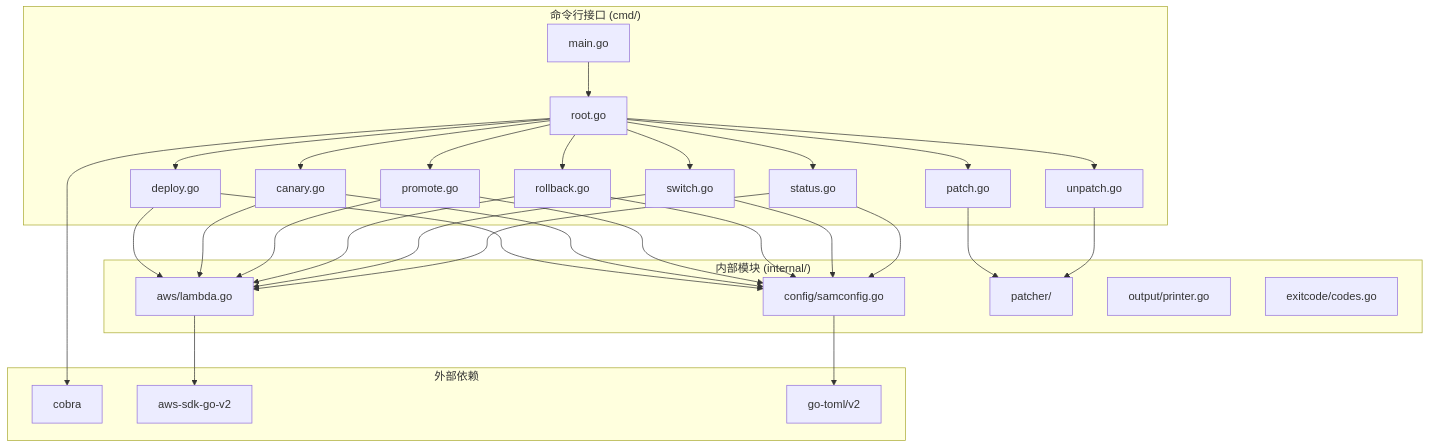
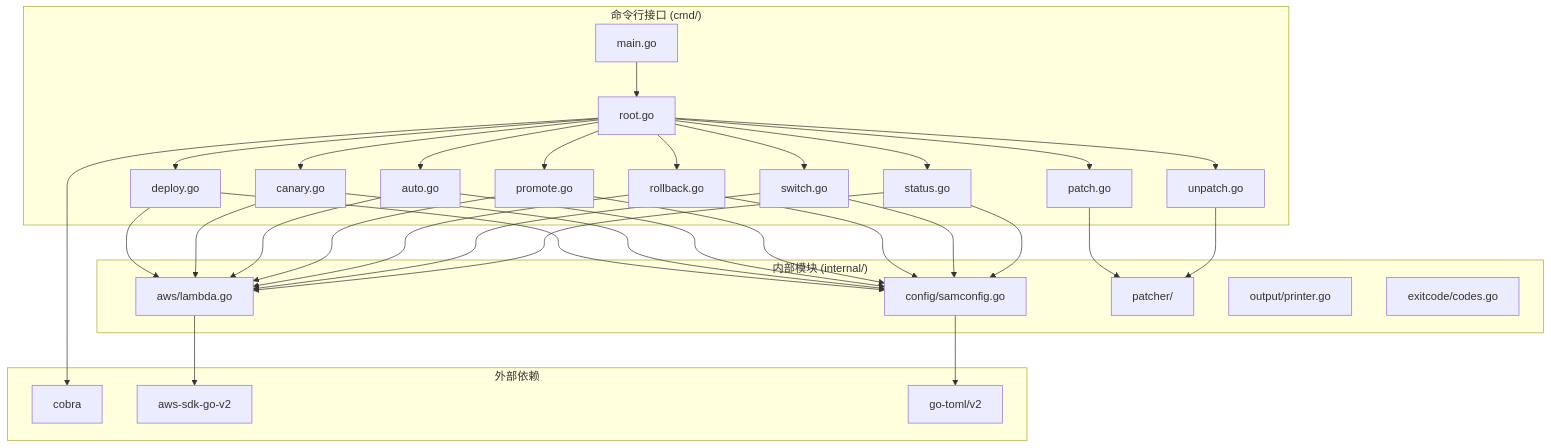
One commit to aura-studio/lambda-alias-deloyment changed the first of 2 diagrams in .kiro/specs/lambda-alias-deployment/design.md. Above: the diagram before and after it, drawn with Mermaid. The commit also changed other lines of this file and 7 other files, not shown here.

````diff
--- a/.kiro/specs/lambda-alias-deployment/design.md
+++ b/.kiro/specs/lambda-alias-deployment/design.md
@@ -62,59 +63,63 @@
 ```mermaid
 graph TB
     subgraph CLI["命令行接口 (cmd/)"]
         Main[main.go]
         Root[root.go]
         Deploy[deploy.go]
         Canary[canary.go]
+        Auto[auto.go]
         Promote[promote.go]
         Rollback[rollback.go]
         Switch[switch.go]
         Status[status.go]
         Patch[patch.go]
         Unpatch[unpatch.go]
     end
 
     subgraph Internal["内部模块 (internal/)"]
         AWS[aws/lambda.go]
         Config[config/samconfig.go]
         Patcher[patcher/]
         Output[output/printer.go]
         ExitCode[exitcode/codes.go]
     end
 
     subgraph External["外部依赖"]
         Cobra[cobra]
         AWSSDK[aws-sdk-go-v2]
         TOML[go-toml/v2]
     end
 
     Main --> Root
     Root --> Deploy
     Root --> Canary
+    Root --> Auto
     Root --> Promote
     Root --> Rollback
     Root --> Switch
     Root --> Status
     Root --> Patch
     Root --> Unpatch
 
     Deploy --> AWS
     Deploy --> Config
     Canary --> AWS
     Canary --> Config
+    Auto --> AWS
+    Auto --> Config
     Promote --> AWS
     Promote --> Config
     Rollback --> AWS
     Rollback --> Config
     Switch --> AWS
     Switch --> Config
     Status --> AWS
     Status --> Config
 
     Patch --> Patcher
     Unpatch --> Patcher
 
     Root --> Cobra
     AWS --> AWSSDK
     Config --> TOML
 ```
````
